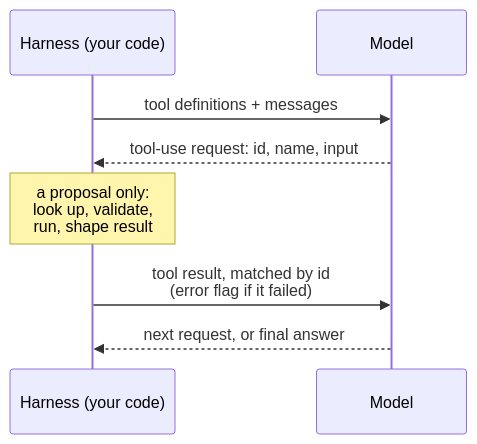
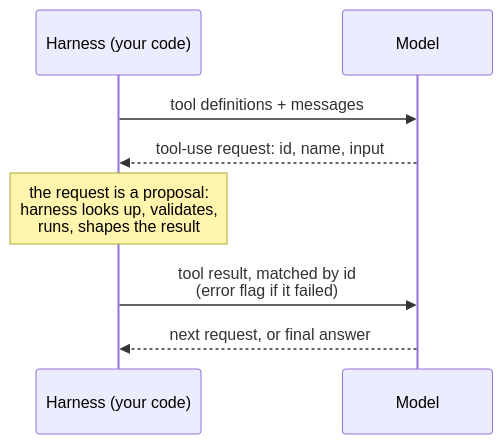
Before and after one commit to joshxinjie/agentic-harness-notes: the diagram in diagrams/src/tool-call-handshake.mmd, drawn with Mermaid. The commit also changed 26 other files, not shown here.

```diff
--- a/diagrams/src/tool-call-handshake.mmd
+++ b/diagrams/src/tool-call-handshake.mmd
@@ -1,8 +1,8 @@
 sequenceDiagram
     participant H as Harness (your code)
     participant M as Model
     H->>M: tool definitions + messages
     M-->>H: tool-use request: id, name, input
-    Note over H: a proposal only:<br>look up, validate,<br>run, shape result
+    Note over H: the request is a proposal:<br>harness looks up, validates,<br>runs, shapes the result
     H->>M: tool result, matched by id<br>(error flag if it failed)
     M-->>H: next request, or final answer
```
